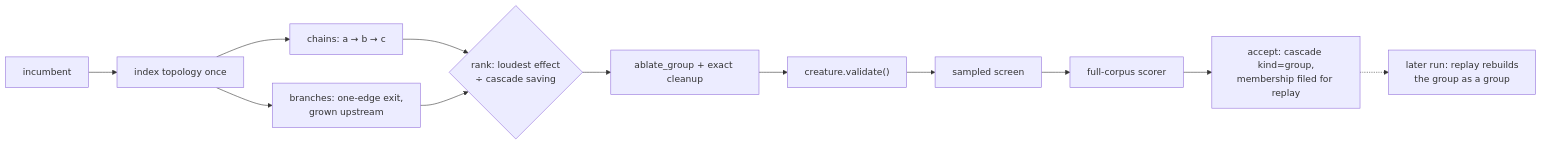
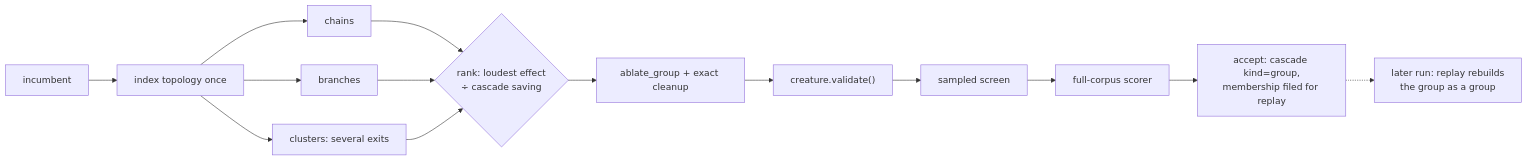
One commit to stSoftwareAU/NEAT-AI-Ockham changed the diagram in docs/archive/pr-summaries/pr-summary-108.md. Above: the diagram before and after it, drawn with Mermaid. The commit also changed other lines of this file, not shown here.

````diff
--- a/docs/archive/pr-summaries/pr-summary-108.md
+++ b/docs/archive/pr-summaries/pr-summary-108.md
@@ -39,14 +43,16 @@
 ```mermaid
 flowchart LR
     C[incumbent] --> T[index topology once]
-    T --> CH["chains: a → b → c"]
-    T --> BR["branches: one-edge exit,<br/>grown upstream"]
+    T --> CH["chains"]
+    T --> BR["branches"]
+    T --> CL["clusters: several exits"]
     CH --> R{"rank: loudest effect<br/>÷ cascade saving"}
     BR --> R
+    CL --> R
     R --> G["ablate_group + exact cleanup"]
     G --> V["creature.validate()"]
     V --> S[sampled screen]
     S --> F[full-corpus scorer]
     F --> A["accept: cascade kind=group,<br/>membership filed for replay"]
     A -.-> P["later run: replay rebuilds<br/>the group as a group"]
 ```
````
